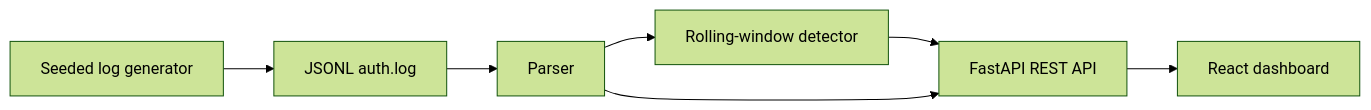
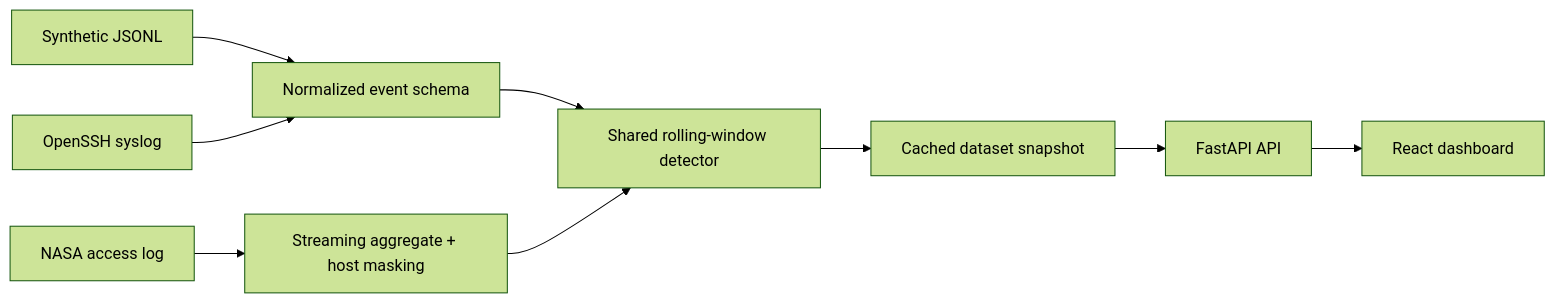
One commit to Aparichita/security-log-detector changed the diagram in README.md. Above: the diagram before and after it, drawn with Mermaid (forest theme). The commit also changed other lines of this file, not shown here.

Commit message:
docs: document dataset sources and setup instructions

````diff
--- a/README.md
+++ b/README.md
@@ -27,9 +18,11 @@
 ```mermaid
 flowchart LR
-  G[Seeded log generator] --> L[JSONL auth.log]
-  L --> P[Parser]
-  P --> D[Rolling-window detector]
-  D --> A[FastAPI REST API]
-  P --> A
-  A --> U[React dashboard]
+  S[Synthetic JSONL] --> N[Normalized event schema]
+  O[OpenSSH syslog] --> N
+  H[NASA access log] --> A[Streaming aggregate + host masking]
+  N --> D[Shared rolling-window detector]
+  A --> D
+  D --> C[Cached dataset snapshot]
+  C --> R[FastAPI API]
+  R --> U[React dashboard]
 ```
````
